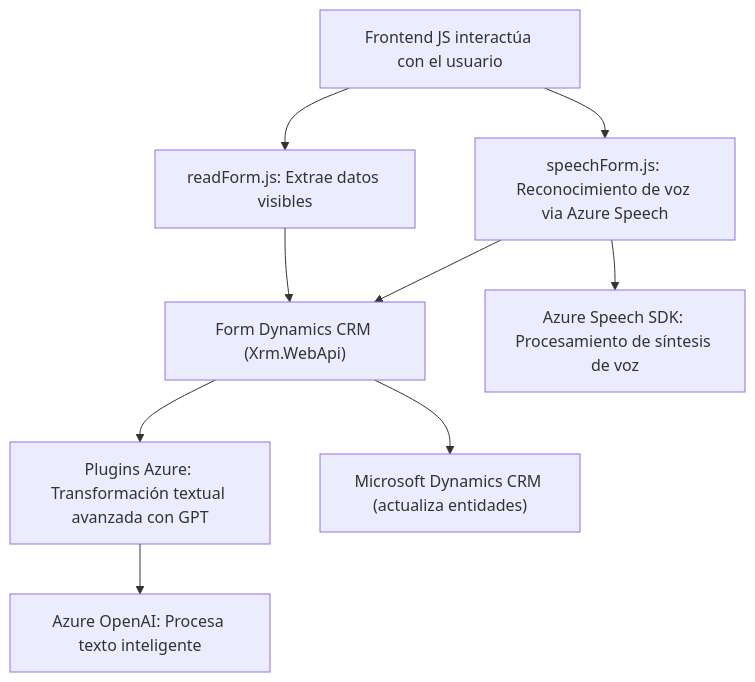
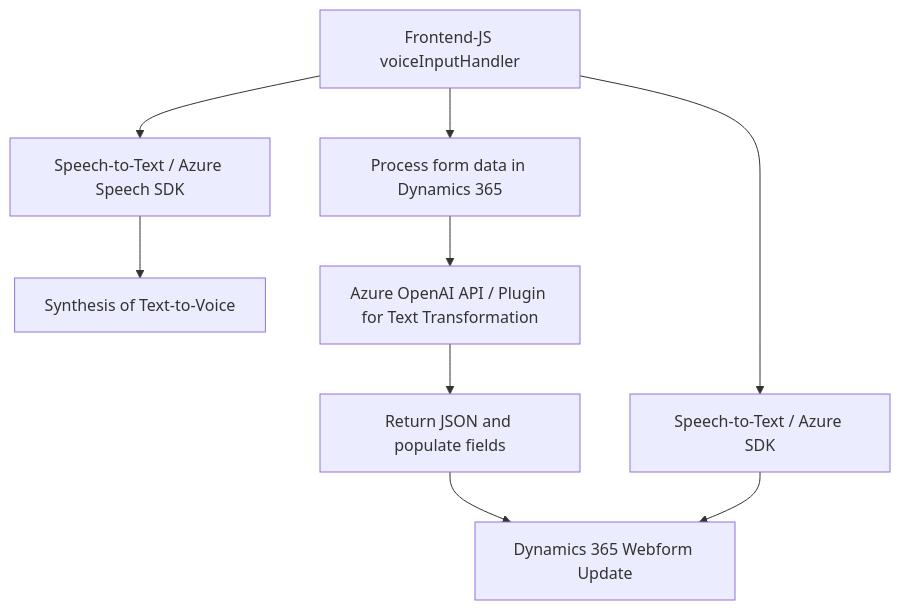
The diagram in README.md (blopezdm/NETCORE_BILBAO2025), drawn with Mermaid before and after one commit. The commit also changed other lines of this file, not shown here.

Commit message:
Actualizar análisis global de la solución con IA

````diff
--- a/README.md
+++ b/README.md
@@ -43,20 +36,11 @@
 ```mermaid
 graph TD
-  A["Frontend JS interactúa con el usuario"]
-  B["readForm.js: Extrae datos visibles"]
-  C["speechForm.js: Reconocimiento de voz via Azure Speech"]
-  D["Form Dynamics CRM (Xrm.WebApi)"]
-  E["Plugins Azure: Transformación textual avanzada con GPT"]
-  F["Azure Speech SDK: Procesamiento de síntesis de voz"]
-  G["Azure OpenAI: Procesa texto inteligente"]
-  H["Microsoft Dynamics CRM (actualiza entidades)"]
-
-  A --> B
-  A --> C
-  B --> D
-  C --> D
-  D --> E
-  D --> H
-  E --> G
-  C --> F
+    A["Frontend-JS voiceInputHandler"] --> B["Speech-to-Text / Azure Speech SDK"]
+    B --> C["Synthesis of Text-to-Voice"]
+    A --> D["Process form data in Dynamics 365"]
+    D --> E["Azure OpenAI API / Plugin for Text Transformation"]
+    E --> F["Return JSON and populate fields"]
+    F --> G["Dynamics 365 Webform Update"]
+    A --> H["Speech-to-Text / Azure SDK"]
+    H --> G
 ```
````
